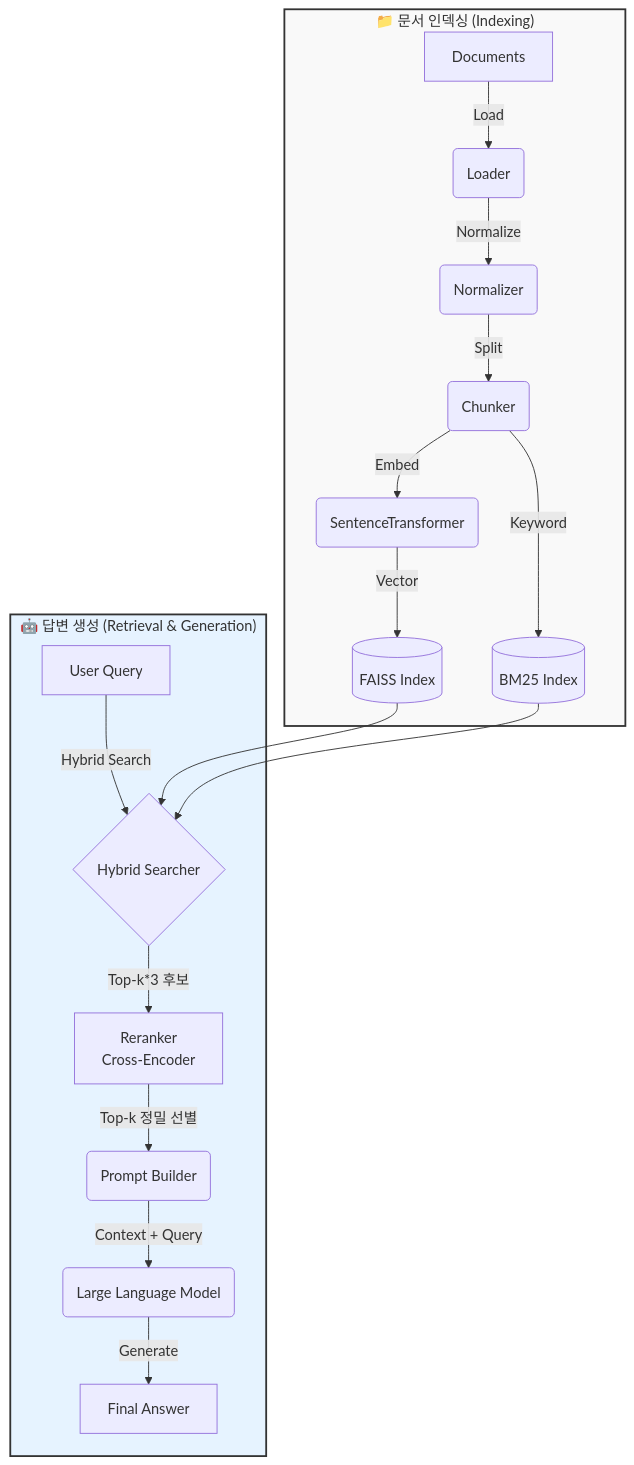
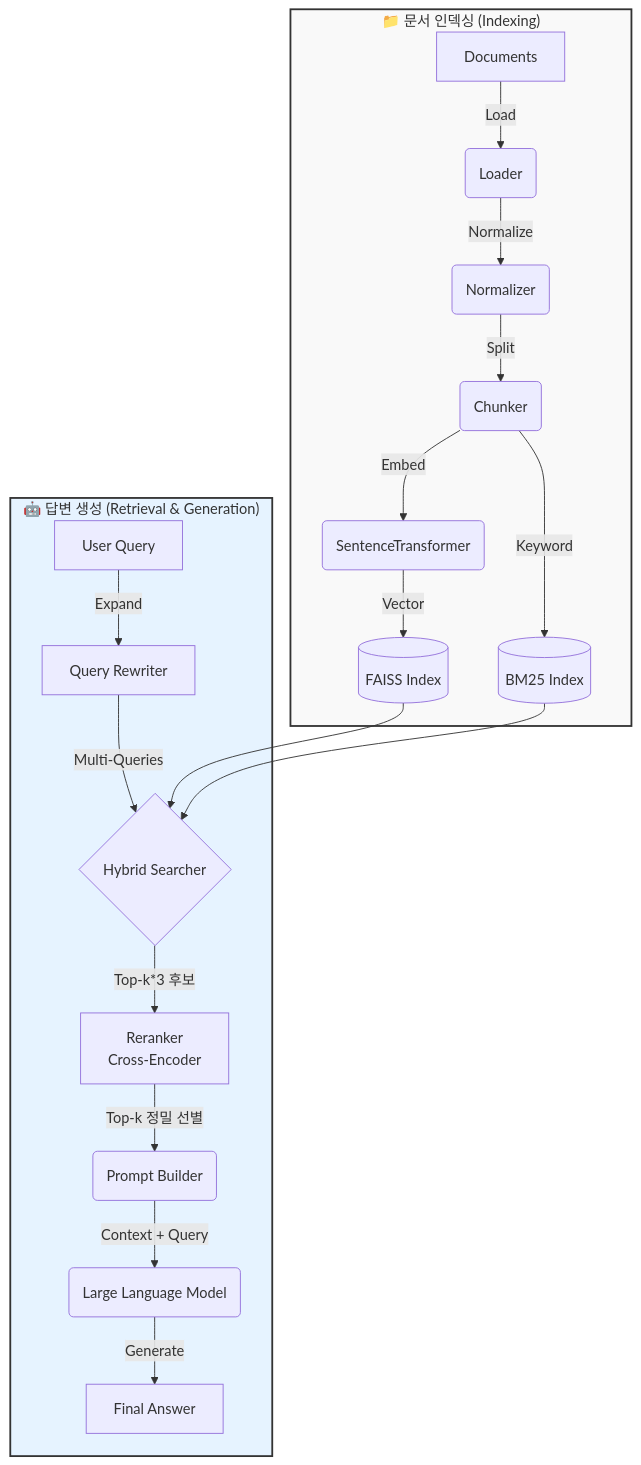
Before and after one commit to okdoittttt/rag: the diagram in README.md, drawn with Mermaid. The commit also changed other lines of this file and 3 other files, not shown here.

````diff
--- a/README.md
+++ b/README.md
@@ -37,24 +38,25 @@
 ```mermaid
 flowchart TD
     subgraph Ingestion["📁 문서 인덱싱 (Indexing)"]
         D[Documents] -->|Load| L(Loader)
         L -->|Normalize| N(Normalizer)
         N -->|Split| C(Chunker)
         C -->|Embed| E(SentenceTransformer)
         E -->|Vector| V[(FAISS Index)]
         C -->|Keyword| B[(BM25 Index)]
     end
 
     subgraph RAG["🤖 답변 생성 (Retrieval & Generation)"]
-        Q[User Query] -->|Hybrid Search| H{Hybrid Searcher}
+        Q[User Query] -->|Expand| QR[Query Rewriter]
+        QR -->|Multi-Queries| H{Hybrid Searcher}
         V --> H
         B --> H
         H -->|Top-k*3 후보| RR[Reranker<br/>Cross-Encoder]
         RR -->|Top-k 정밀 선별| P(Prompt Builder)
         P -->|Context + Query| LLM(Large Language Model)
         LLM -->|Generate| A[Final Answer]
     end
 
     style Ingestion fill:#f9f9f9,stroke:#333,stroke-width:2px
     style RAG fill:#e6f3ff,stroke:#333,stroke-width:2px
 ```
````
